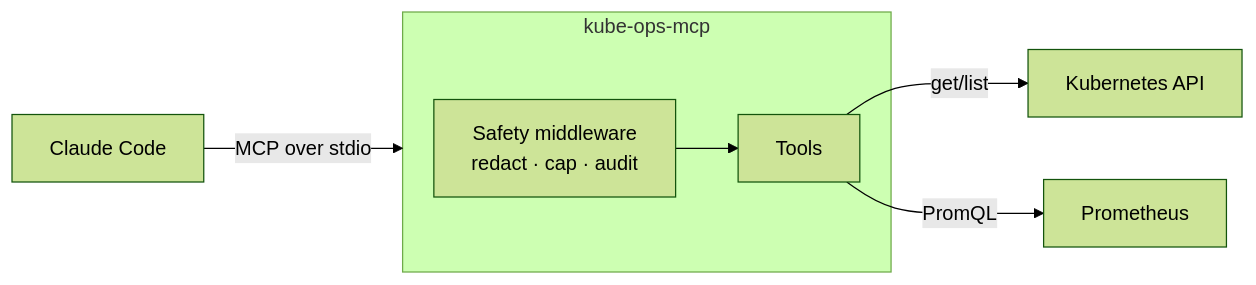
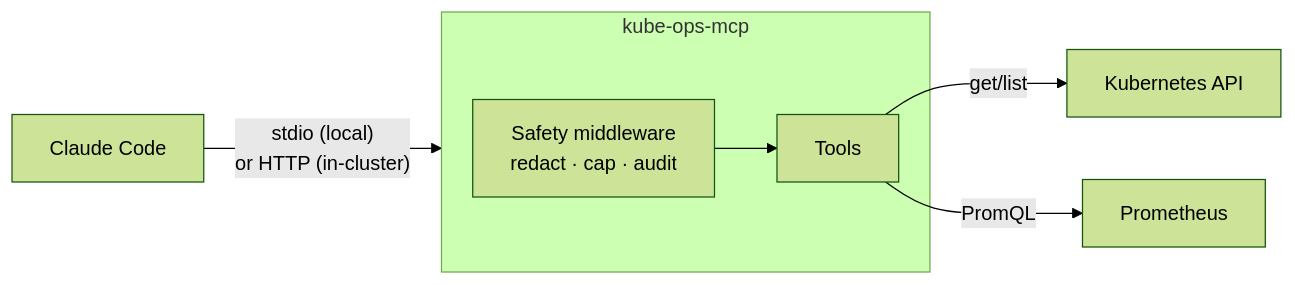
Before and after one commit to yuvalgraiber/kube-ops-mcp: the diagram in README.md, drawn with Mermaid (forest theme). The commit also changed other lines of this file, not shown here.

Commit message:
docs: explain local and in-cluster modes and the chart's security setup

````diff
--- a/README.md
+++ b/README.md
@@ -13,9 +20,9 @@
 ```mermaid
 flowchart LR
-    A[Claude Code] -- MCP over stdio --> S
+    A[Claude Code] -- "stdio (local)<br/>or HTTP (in-cluster)" --> S
     subgraph S[kube-ops-mcp]
         M[Safety middleware<br/>redact · cap · audit] --> T[Tools]
     end
     T -- get/list --> K[Kubernetes API]
     T -- PromQL --> P[Prometheus]
 ```
````
